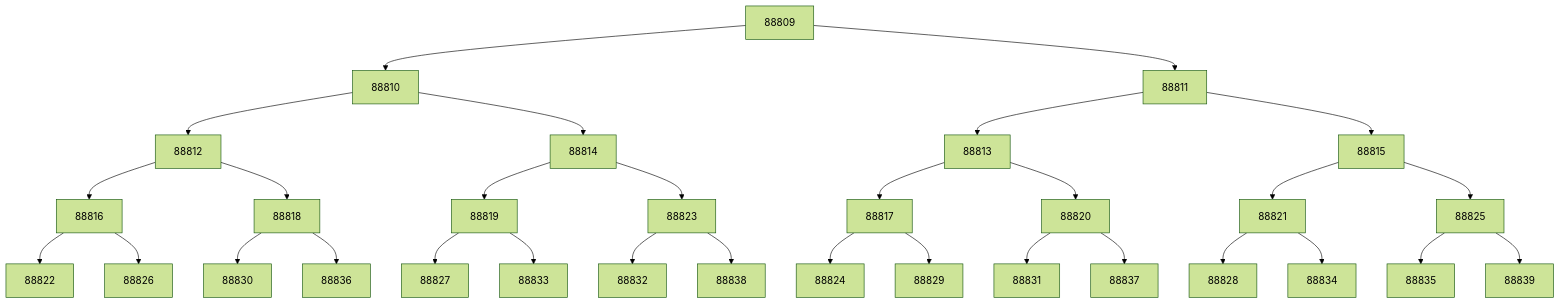
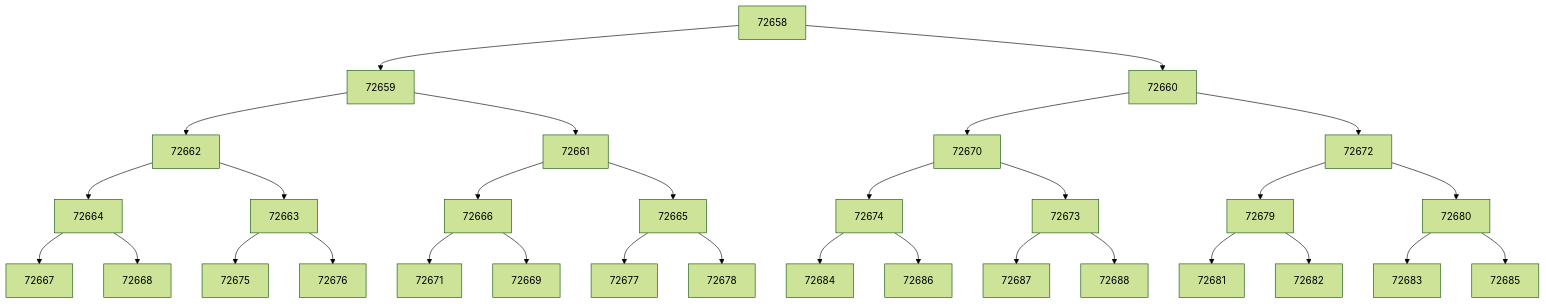
One commit to Souvenal/Operation-System-2025 changed the first of 2 diagrams in lect5/pstree/view.md. Above: the diagram before and after it, drawn with Mermaid (forest theme). The commit also changed other lines of this file and 68 other files, not shown here.

````diff
--- a/lect5/pstree/view.md
+++ b/lect5/pstree/view.md
@@ -1,33 +1,33 @@
 ```mermaid
 graph TD
-88809 --> 88810
-88809 --> 88811
-88810 --> 88812
-88811 --> 88813
-88810 --> 88814
-88812 --> 88816
-88811 --> 88815
-88817 --> 88824
-88816 --> 88822
-88816 --> 88826
-88819 --> 88827
-88813 --> 88817
-88821 --> 88828
-88814 --> 88819
-88815 --> 88821
-88823 --> 88832
-88818 --> 88830
-88819 --> 88833
-88820 --> 88831
-88817 --> 88829
-88825 --> 88835
-88814 --> 88823
-88813 --> 88820
-88812 --> 88818
-88820 --> 88837
-88821 --> 88834
-88818 --> 88836
-88815 --> 88825
-88823 --> 88838
-88825 --> 88839
+72658 --> 72659
+72659 --> 72662
+72659 --> 72661
+72662 --> 72664
+72661 --> 72666
+72664 --> 72667
+72658 --> 72660
+72660 --> 72670
+72666 --> 72671
+72666 --> 72669
+72662 --> 72663
+72663 --> 72675
+72661 --> 72665
+72665 --> 72677
+72664 --> 72668
+72660 --> 72672
+72672 --> 72679
+72679 --> 72681
+72663 --> 72676
+72665 --> 72678
+72672 --> 72680
+72674 --> 72684
+72679 --> 72682
+72680 --> 72683
+72680 --> 72685
+72674 --> 72686
+72673 --> 72687
+72673 --> 72688
+72670 --> 72674
+72670 --> 72673
 ```
````
